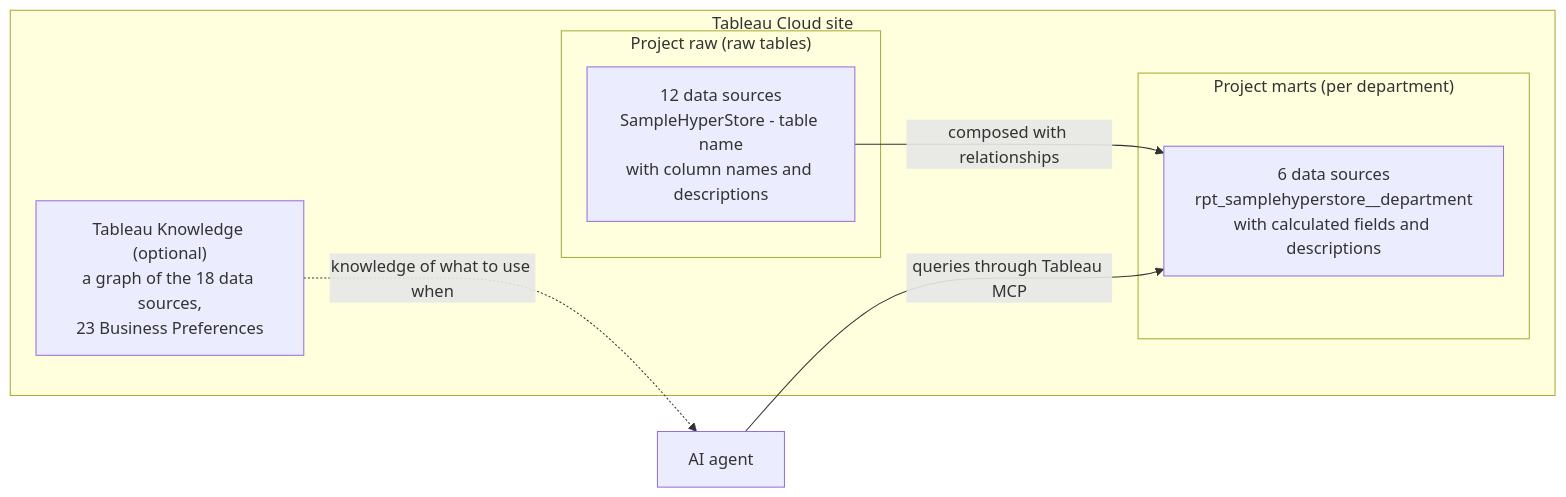
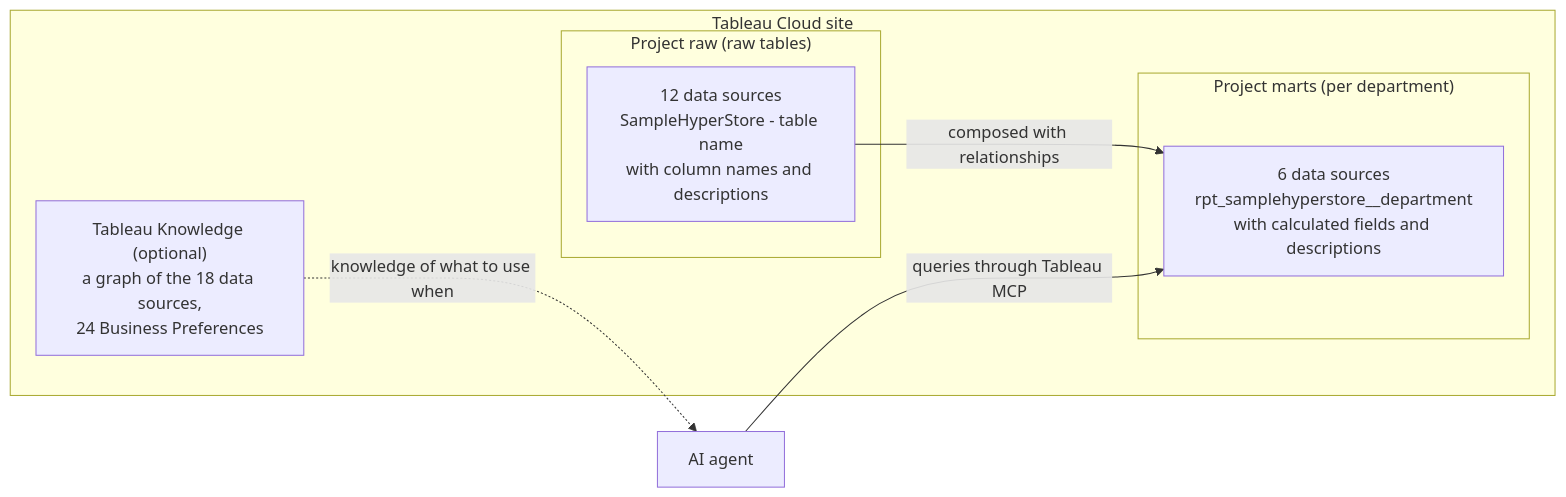
One commit to YoshitakaArakawa/SampleHyperStore changed the fourth of 4 diagrams in en/README.md. Above: the diagram before and after it, drawn with Mermaid. The commit also changed other lines of this file and 8 other files, not shown here.

````diff
--- a/en/README.md
+++ b/en/README.md
@@ -91,15 +91,15 @@
 ```mermaid
 flowchart LR
     subgraph site["Tableau Cloud site"]
         subgraph raw["Project raw (raw tables)"]
             R["12 data sources<br/>SampleHyperStore - table name<br/>with column names and descriptions"]
         end
         subgraph marts["Project marts (per department)"]
             M["6 data sources<br/>rpt_samplehyperstore__department<br/>with calculated fields and descriptions"]
         end
-        K["Tableau Knowledge (optional)<br/>a graph of the 18 data sources,<br/>23 Business Preferences"]
+        K["Tableau Knowledge (optional)<br/>a graph of the 18 data sources,<br/>24 Business Preferences"]
     end
     R -- "composed with relationships" --> M
     AI["AI agent"] -- "queries through Tableau MCP" --> M
     K -. "knowledge of what to use when" .-> AI
 ```
````
